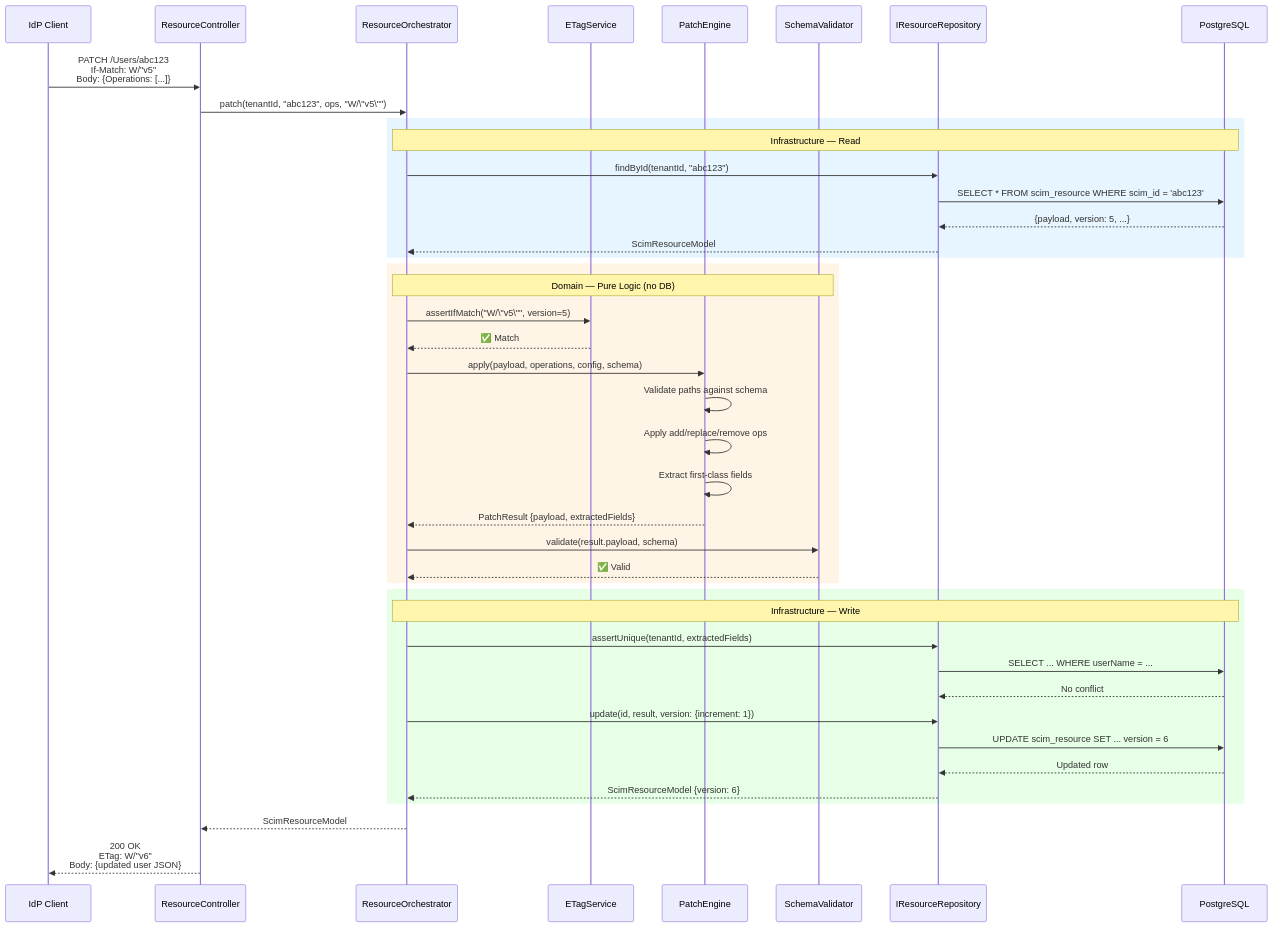
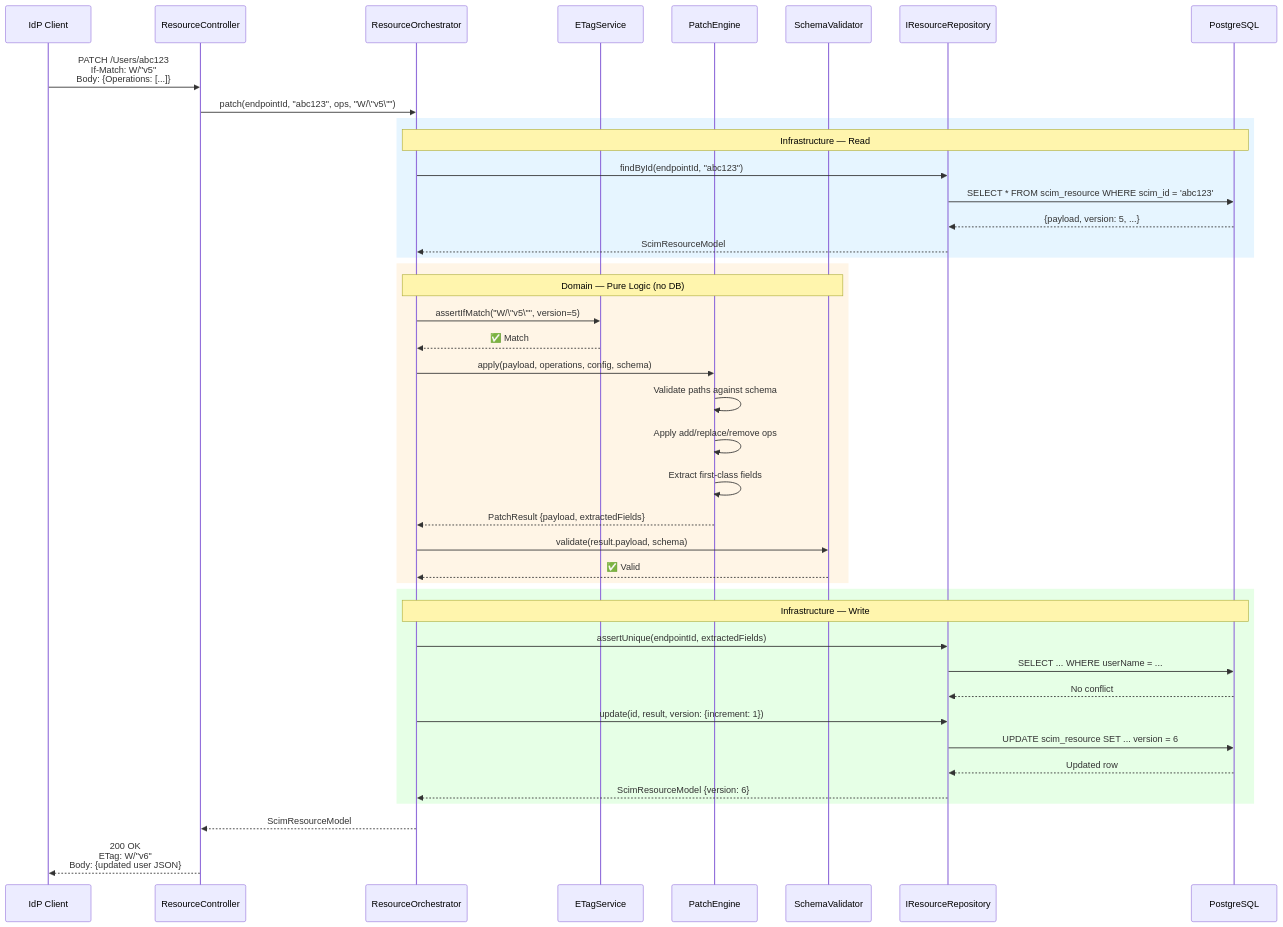
One commit to pranems/SCIMServer changed the ninth of 23 diagrams in docs/MIGRATION_PLAN_CURRENT_TO_IDEAL_v3_2026-02-20.md. Above: the diagram before and after it, drawn with Mermaid. The commit also changed other lines of this file and 288 other files, not shown here.

````diff
--- a/docs/MIGRATION_PLAN_CURRENT_TO_IDEAL_v3_2026-02-20.md
+++ b/docs/MIGRATION_PLAN_CURRENT_TO_IDEAL_v3_2026-02-20.md
@@ -1214,51 +1219,51 @@
 ```mermaid
 sequenceDiagram
     participant CLIENT as IdP Client
     participant CTRL as ResourceController
     participant ORCH as ResourceOrchestrator
     participant ETAG as ETagService
     participant PATCH as PatchEngine
     participant VALID as SchemaValidator
     participant REPO as IResourceRepository
     participant DB as PostgreSQL
 
     CLIENT->>CTRL: PATCH /Users/abc123<br/>If-Match: W/"v5"<br/>Body: {Operations: [...]}
-    CTRL->>ORCH: patch(tenantId, "abc123", ops, "W/\"v5\"")
+    CTRL->>ORCH: patch(endpointId, "abc123", ops, "W/\"v5\"")
 
     rect rgb(230, 245, 255)
         Note over ORCH,DB: Infrastructure — Read
-        ORCH->>REPO: findById(tenantId, "abc123")
+        ORCH->>REPO: findById(endpointId, "abc123")
         REPO->>DB: SELECT * FROM scim_resource WHERE scim_id = 'abc123'
         DB-->>REPO: {payload, version: 5, ...}
         REPO-->>ORCH: ScimResourceModel
     end
 
     rect rgb(255, 245, 230)
         Note over ORCH,VALID: Domain — Pure Logic (no DB)
         ORCH->>ETAG: assertIfMatch("W/\"v5\"", version=5)
         ETAG-->>ORCH: ✅ Match
 
         ORCH->>PATCH: apply(payload, operations, config, schema)
         PATCH->>PATCH: Validate paths against schema
         PATCH->>PATCH: Apply add/replace/remove ops
         PATCH->>PATCH: Extract first-class fields
         PATCH-->>ORCH: PatchResult {payload, extractedFields}
 
         ORCH->>VALID: validate(result.payload, schema)
         VALID-->>ORCH: ✅ Valid
     end
 
     rect rgb(230, 255, 230)
         Note over ORCH,DB: Infrastructure — Write
-        ORCH->>REPO: assertUnique(tenantId, extractedFields)
+        ORCH->>REPO: assertUnique(endpointId, extractedFields)
         REPO->>DB: SELECT ... WHERE userName = ...
         DB-->>REPO: No conflict
         ORCH->>REPO: update(id, result, version: {increment: 1})
         REPO->>DB: UPDATE scim_resource SET ... version = 6
         DB-->>REPO: Updated row
         REPO-->>ORCH: ScimResourceModel {version: 6}
     end
 
     ORCH-->>CTRL: ScimResourceModel
     CTRL-->>CLIENT: 200 OK<br/>ETag: W/"v6"<br/>Body: {updated user JSON}
 ```
````
